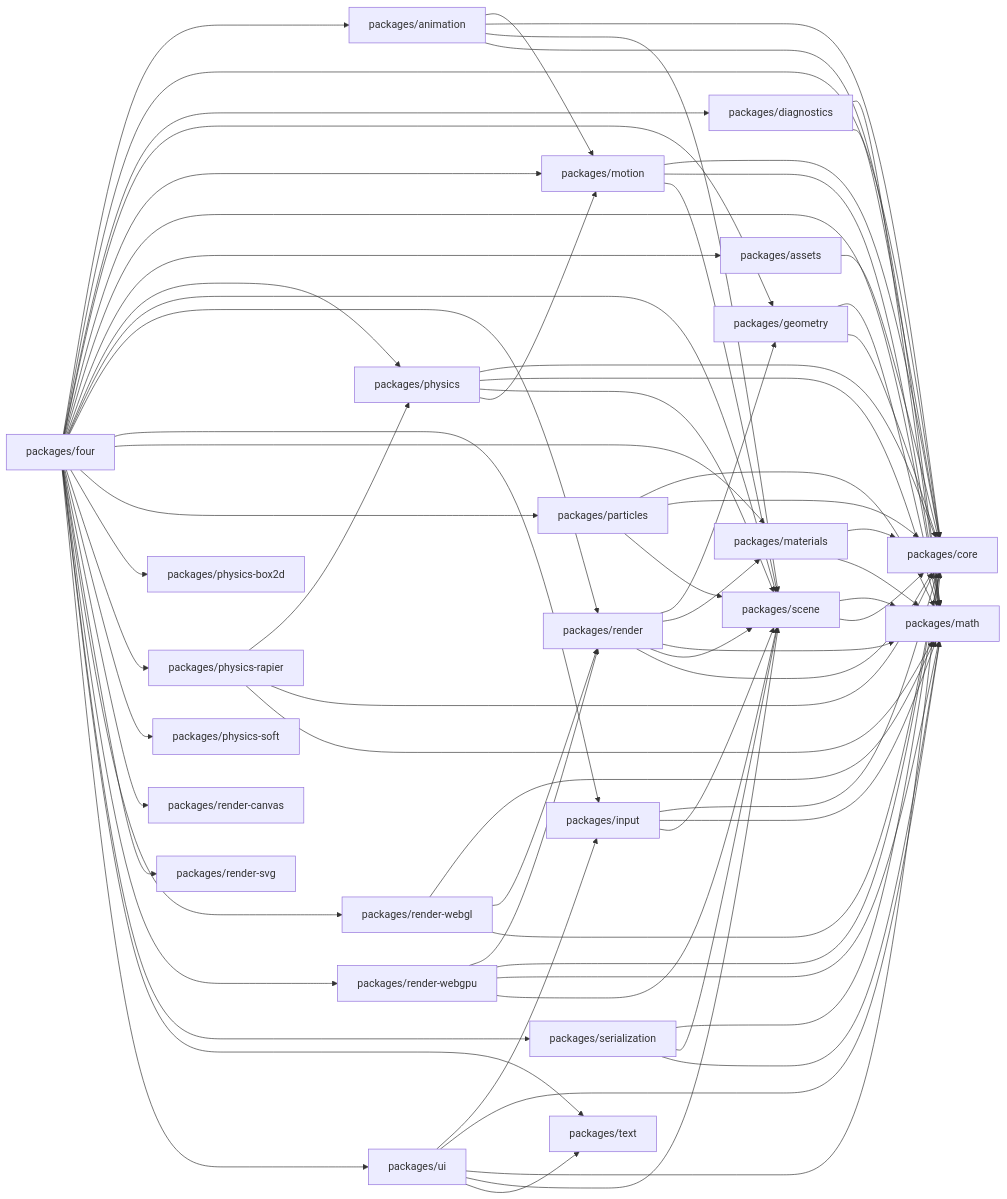
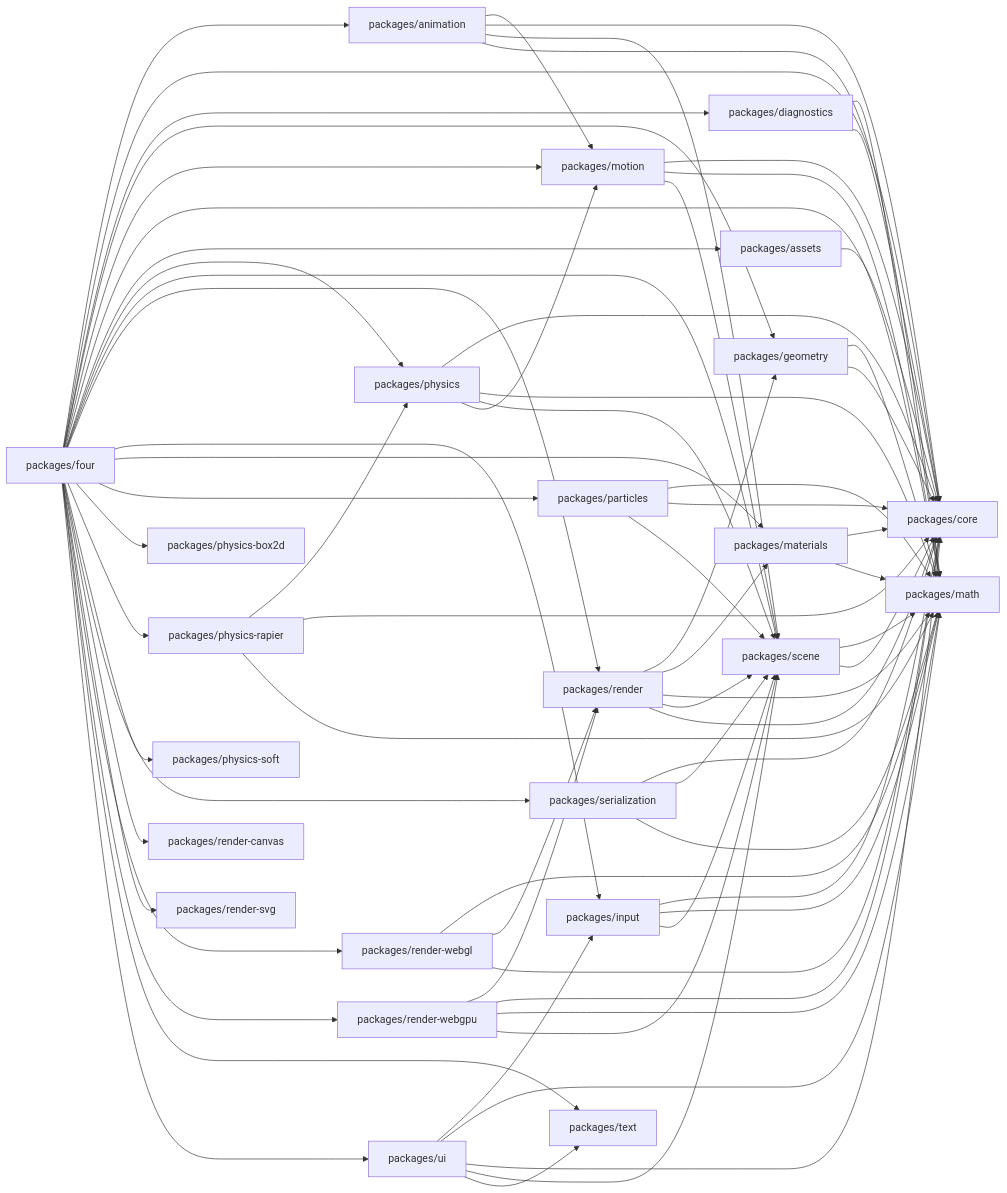
The first of 2 diagrams in docs/Architecture/DEPENDENCY_GRAPH.md (danielsimonjr/four.js), drawn with Mermaid before and after one commit. The commit also changed other lines of this file and 172 other files, not shown here.

Commit message:
feat(render-webgpu): WP-R1.6 — render targets, §70 effects, graph participation, readPixels (#47)

```diff
--- a/docs/Architecture/DEPENDENCY_GRAPH.md
+++ b/docs/Architecture/DEPENDENCY_GRAPH.md
@@ -154,11 +154,11 @@
     P4 --> P12
     P4 --> P13
     P4 --> P14
+    P4 --> P21
     P4 --> P16
     P4 --> P17
     P4 --> P18
     P4 --> P19
-    P4 --> P21
     P4 --> P22
     P4 --> P23
     P5 --> P8
```
